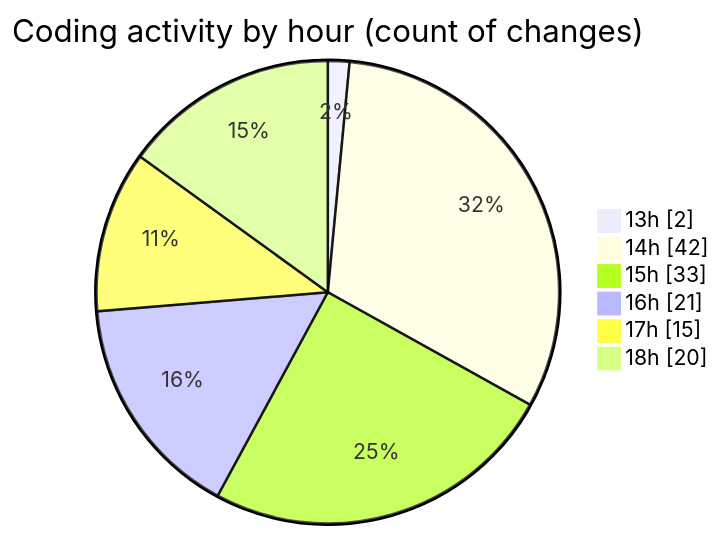
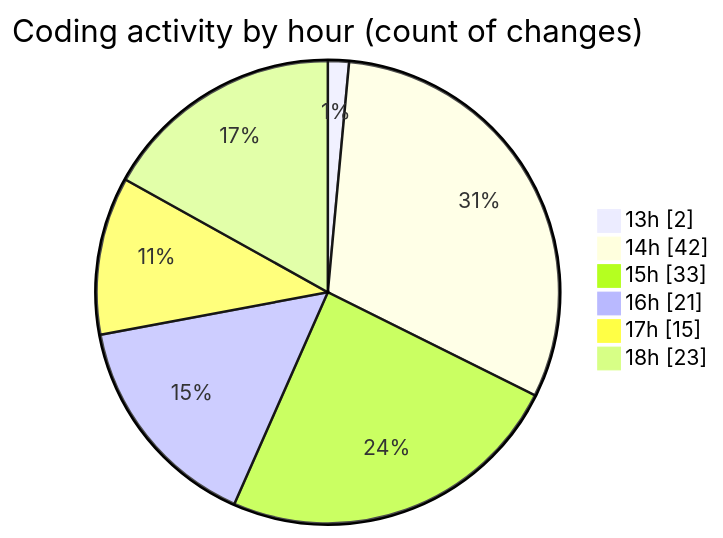
Before and after one commit to nxtqubesakshisongat/code-tracking: the second of 2 diagrams in 2025-05-31/nxtqube_webapp/README.md, drawn with Mermaid. The commit also changed other lines of this file and 1 other file, not shown here.

````diff
--- a/2025-05-31/nxtqube_webapp/README.md
+++ b/2025-05-31/nxtqube_webapp/README.md
@@ -38,10 +38,10 @@
 ```mermaid
 pie showData
 title Coding activity by hour (count of changes)
 "13h" : 2
 "14h" : 42
 "15h" : 33
 "16h" : 21
 "17h" : 15
-"18h" : 20
+"18h" : 23
 ```
````
